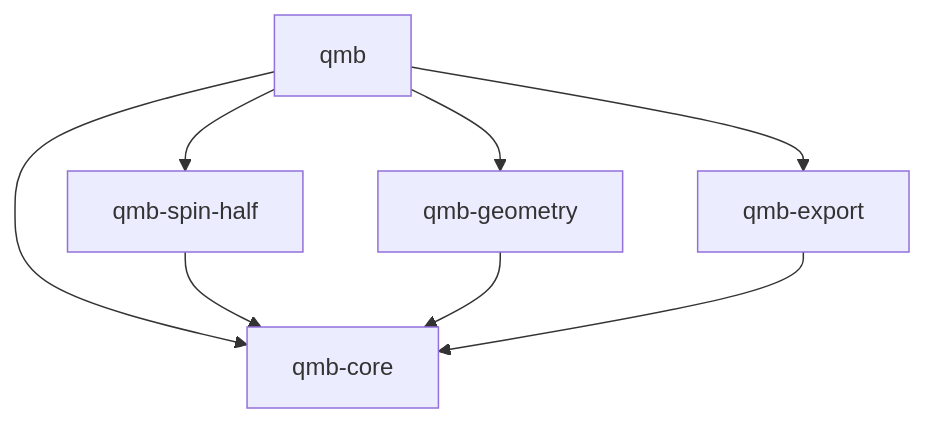
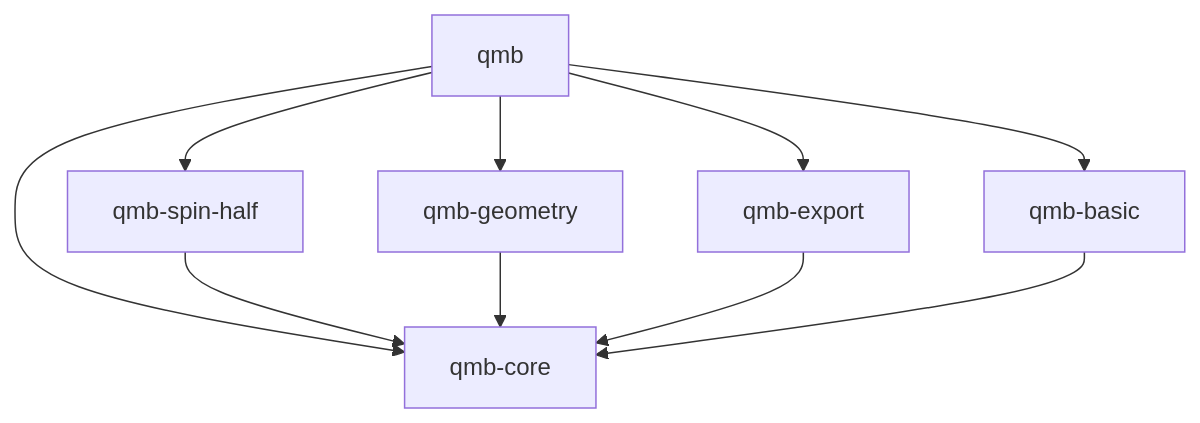
Before and after one commit to nattyo1226/qmb-rs: the diagram in docs/implementation-plan.md, drawn with Mermaid. The commit also changed other lines of this file and 10 other files, not shown here.

````diff
--- a/docs/implementation-plan.md
+++ b/docs/implementation-plan.md
@@ -27,10 +28,12 @@
 ```mermaid
 graph TD
     Q[qmb] --> C[qmb-core]
+    Q --> B[qmb-basic]
     Q --> S[qmb-spin-half]
     Q --> G[qmb-geometry]
     Q --> E[qmb-export]
     S --> C
     G --> C
     E --> C
+    B --> C
 ```
````
